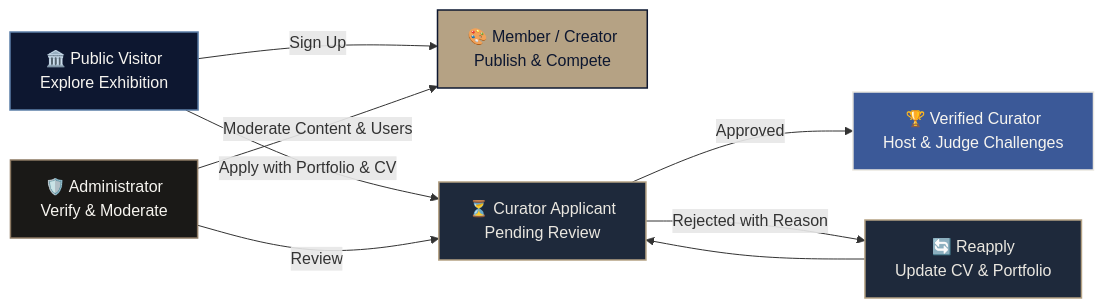
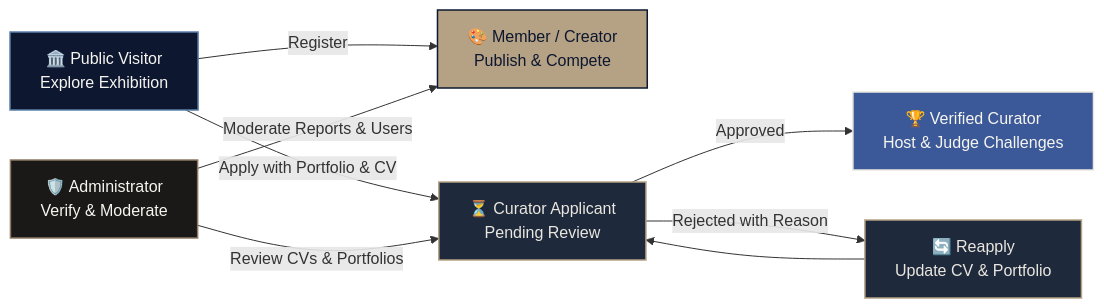
The first of 3 diagrams in README.md (aalfm/archive-art-showcase), drawn with Mermaid before and after one commit. The commit also changed other lines of this file and 7 other files, not shown here.

````diff
--- a/README.md
+++ b/README.md
@@ -39,22 +43,22 @@
 ```mermaid
 flowchart LR
-    V["🏛️ Public Visitor\nExplore Exhibition"] -->|"Sign Up"| M["🎨 Member / Creator\nPublish & Compete"]
+    V["🏛️ Public Visitor\nExplore Exhibition"] -->|"Register"| M["🎨 Member / Creator\nPublish & Compete"]
     V -->|"Apply with Portfolio & CV"| CP["⏳ Curator Applicant\nPending Review"]
     CP -->|"Approved"| CA["🏆 Verified Curator\nHost & Judge Challenges"]
     CP -->|"Rejected with Reason"| CR["🔄 Reapply\nUpdate CV & Portfolio"]
     CR --> CP
-    AD["🛡️ Administrator\nVerify & Moderate"] -->|"Review"| CP
-    AD -->|"Moderate Content & Users"| M
+    AD["🛡️ Administrator\nVerify & Moderate"] -->|"Review CVs & Portfolios"| CP
+    AD -->|"Moderate Reports & Users"| M
 
     classDef navy fill:#0D1730,stroke:#5C7FA8,color:#F7F5F0,stroke-width:1.5px;
     classDef slate fill:#1E293B,stroke:#B5A284,color:#EAE7E0,stroke-width:1.5px;
     classDef sand fill:#B5A284,stroke:#0D1730,color:#0D1730,stroke-width:1.5px;
     classDef blue fill:#3B5998,stroke:#EAE7E0,color:#F7F5F0,stroke-width:1.5px;
     classDef charcoal fill:#1A1917,stroke:#8C7963,color:#F7F5F0,stroke-width:1.5px;
 
     class V navy;
     class M sand;
     class CP,CR slate;
     class CA blue;
     class AD charcoal;
 ```
````
